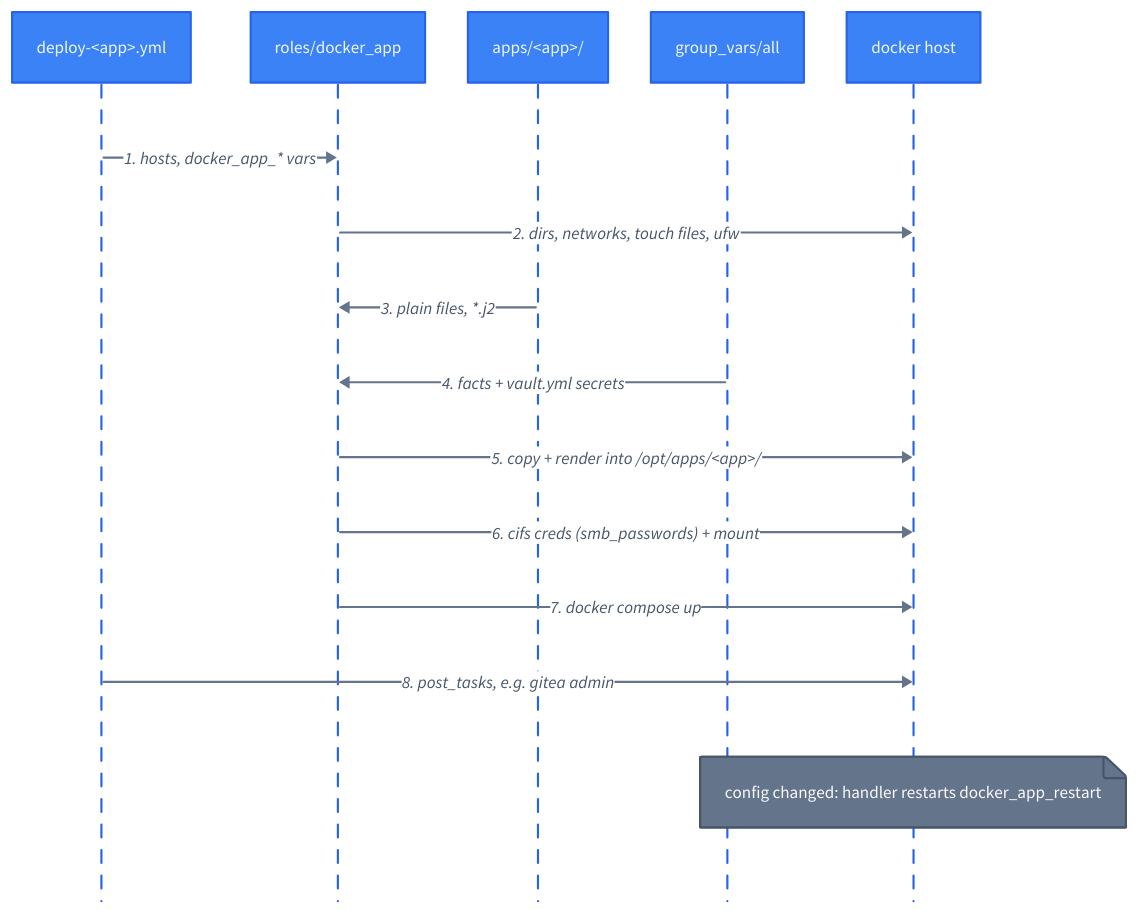
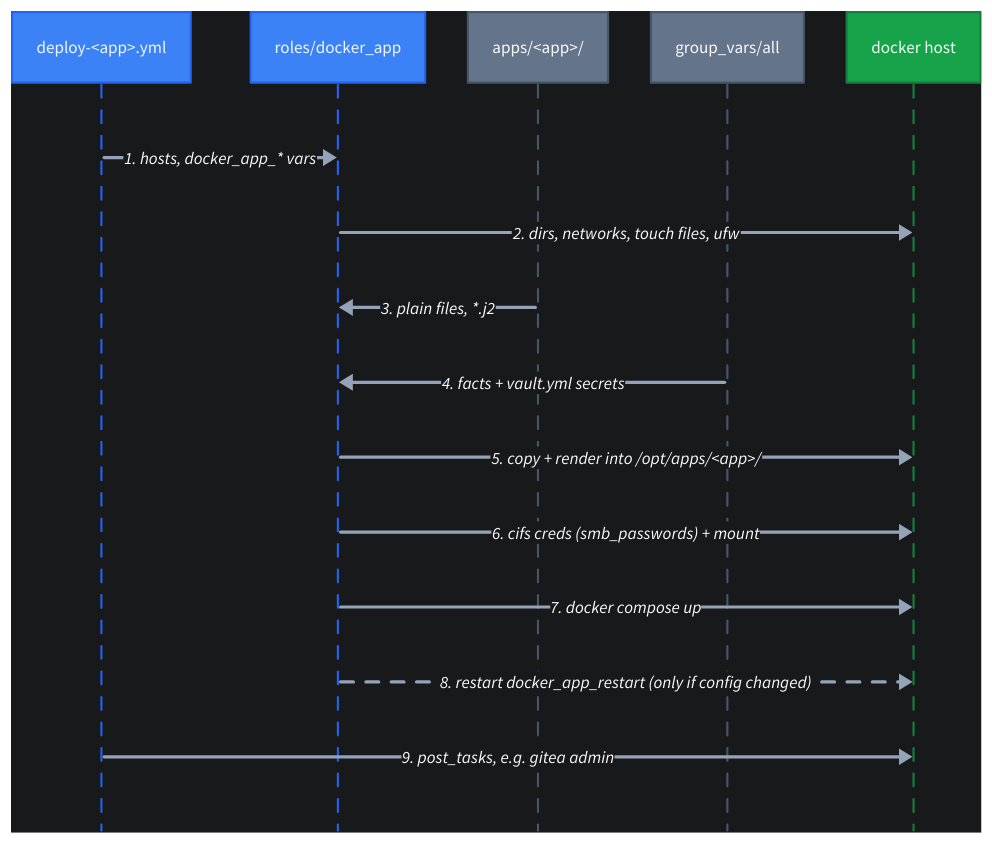
The diagram in docs/diagrams/deploy-app.d2 (yaml-0x74696d/homelab), drawn with D2 before and after one commit. The commit also changed 5 other files, not shown here.

Commit message:
docs: deploy-app diagram final, drop the likec4 deploy-app view + png

```diff
--- a/docs/diagrams/deploy-app.d2
+++ b/docs/diagrams/deploy-app.d2
@@ -1,33 +1,31 @@
 # docker_app deploy flow. `just diagrams` renders it to docs/img/deploy-app.svg
-# colours: likec4's default primary (actors) and slate (arrows, notes)
+# colours from likec4: blue = ansible code, slate = inputs, green (c4 accent) = target
 shape: sequence_diagram
+style.fill: "#18191b"   # likec4 dark canvas
 
-*.style: {
-  fill: "#3b82f6"
-  stroke: "#2563eb"
-  font-color: "#eff6ff"
+classes: {
+  code: {style: {fill: "#3b82f6"; stroke: "#2563eb"; font-color: "#eff6ff"}}
+  input: {style: {fill: "#64748b"; stroke: "#475569"; font-color: "#f8fafc"}}
+  target: {style: {fill: "#16a34a"; stroke: "#15803d"; font-color: "#f0fdf4"}}
 }
 (* -> *)[*].style: {
-  stroke: "#64748b"
-  font-color: "#475569"
+  stroke: "#94a3b8"
+  stroke-width: 3
+  font-color: "#f8fafc"
 }
 
-pb: "deploy-<app>.yml"
-role: "roles/docker_app"
-src: "apps/<app>/"
-facts: "group_vars/all"
-host: "docker host"
+pb: "deploy-<app>.yml" {class: code}
+role: "roles/docker_app" {class: code}
+src: "apps/<app>/" {class: input}
+facts: "group_vars/all" {class: input}
+host: "docker host" {class: target}
 
 pb -> role: "1. hosts, docker_app_* vars"
 role -> host: "2. dirs, networks, touch files, ufw"
 src -> role: "3. plain files, *.j2"
 facts -> role: "4. facts + vault.yml secrets"
 role -> host: "5. copy + render into /opt/apps/<app>/"
 role -> host: "6. cifs creds (smb_passwords) + mount"
 role -> host: "7. docker compose up"
-host.changed: "config changed: handler restarts docker_app_restart" {
-  style.fill: "#64748b"
-  style.stroke: "#475569"
-  style.font-color: "#f8fafc"
-}
-pb -> host: "8. post_tasks, e.g. gitea admin"
+role -> host: "8. restart docker_app_restart (only if config changed)" {style.stroke-dash: 4}
+pb -> host: "9. post_tasks, e.g. gitea admin"
```
